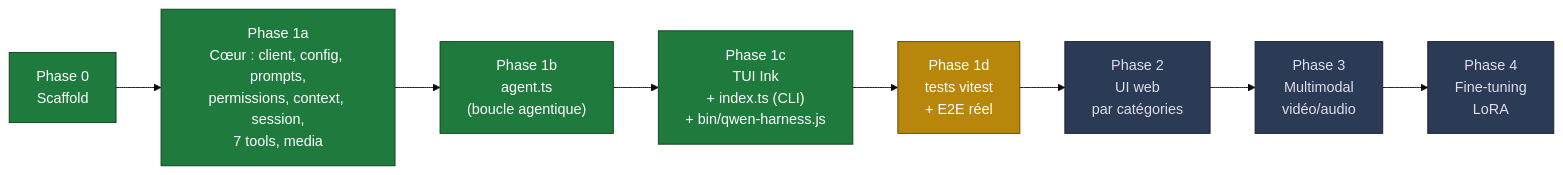
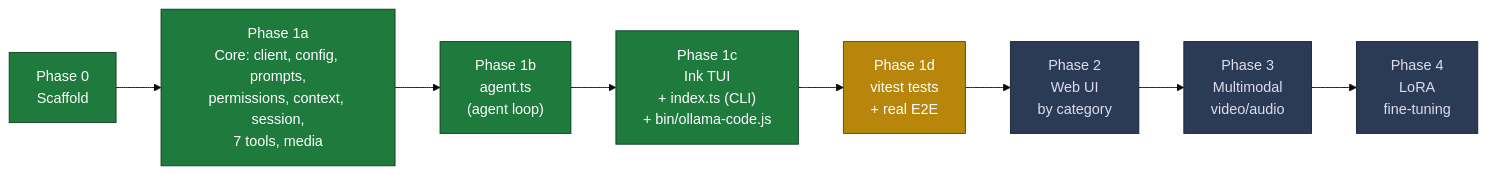
Before and after one commit to Tromset/Ollama-Code: the tenth of 10 diagrams in DOCUMENTATION.md, drawn with Mermaid (base theme). The commit also changed other lines of this file and 19 other files, not shown here.

First line of the commit message:
chore: rename qwen-harness to ollama-code; global command + install docs

````diff
--- a/DOCUMENTATION.md
+++ b/DOCUMENTATION.md
@@ -507,17 +507,17 @@
 ```mermaid
 flowchart LR
     P0["Phase 0<br/>Scaffold"]:::done
-    P1a["Phase 1a<br/>Cœur : client, config, prompts,<br/>permissions, context, session,<br/>7 tools, media"]:::done
-    P1b["Phase 1b<br/>agent.ts<br/>(boucle agentique)"]:::done
-    P1c["Phase 1c<br/>TUI Ink<br/>+ index.ts (CLI)<br/>+ bin/qwen-harness.js"]:::done
-    P1d["Phase 1d<br/>tests vitest<br/>+ E2E réel"]:::partial
-    P2["Phase 2<br/>UI web<br/>par catégories"]:::future
-    P3["Phase 3<br/>Multimodal<br/>vidéo/audio"]:::future
-    P4["Phase 4<br/>Fine-tuning<br/>LoRA"]:::future
+    P1a["Phase 1a<br/>Core: client, config, prompts,<br/>permissions, context, session,<br/>7 tools, media"]:::done
+    P1b["Phase 1b<br/>agent.ts<br/>(agent loop)"]:::done
+    P1c["Phase 1c<br/>Ink TUI<br/>+ index.ts (CLI)<br/>+ bin/ollama-code.js"]:::done
+    P1d["Phase 1d<br/>vitest tests<br/>+ real E2E"]:::partial
+    P2["Phase 2<br/>Web UI<br/>by category"]:::future
+    P3["Phase 3<br/>Multimodal<br/>video/audio"]:::future
+    P4["Phase 4<br/>LoRA<br/>fine-tuning"]:::future
 
     P0 --> P1a --> P1b --> P1c --> P1d --> P2 --> P3 --> P4
 
     classDef done fill:#1f7a3d,color:#fff,stroke:#0d3d1e;
     classDef partial fill:#b8860b,color:#fff,stroke:#5c4407;
     classDef future fill:#2b3a55,color:#dde,stroke:#16202f;
 ```
````
